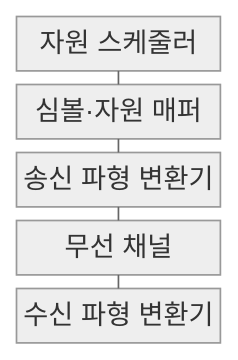
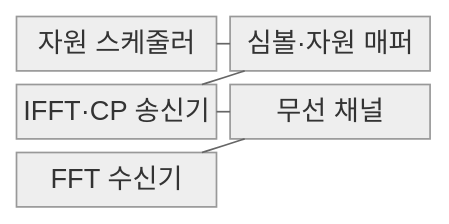
The first of 2 diagrams in src/content/docs/notes/04-network/034_ofdm_ofdma.md (agnusdei1207/knowledge-base), drawn with Mermaid (neutral theme) before and after one commit. The commit also changed other lines of this file and 20 other files, not shown here.

````diff
--- a/src/content/docs/notes/04-network/034_ofdm_ofdma.md
+++ b/src/content/docs/notes/04-network/034_ofdm_ofdma.md
@@ -49,13 +53,13 @@
 ```mermaid
-block-beta
-    columns 1
+block
+    columns 2
     A["자원 스케줄러"]
     B["심볼·자원 매퍼"]
-    C["송신 파형 변환기"]
+    C["IFFT·CP 송신기"]
     D["무선 채널"]
-    E["수신 파형 변환기"]
+    E["FFT 수신기"]
     A --- B
     B --- C
     C --- D
     D --- E
 ```
````
